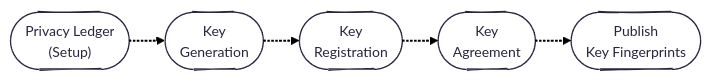
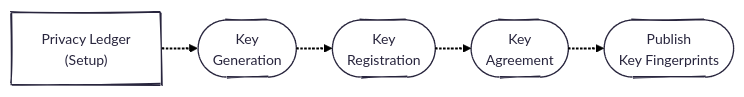
One commit to raylsnetwork/Enygma changed the diagram in enygma_payments/protocol_description.md. Above: the diagram before and after it, drawn with Mermaid.

````diff
--- a/enygma_payments/protocol_description.md
+++ b/enygma_payments/protocol_description.md
@@ -3,16 +3,16 @@
 ```mermaid
 ---
 config:
   theme: redux
   layout: elk
   look: handDrawn
 ---
 flowchart LR
-    pl_setup(["Privacy Ledger<br>(Setup)"])
+    pl_setup["Privacy Ledger<br>(Setup)"]
     keygen(["Key<br>Generation"])
     register(["Key<br>Registration"])
     kem(["Key<br>Agreement"])
     publish(["Publish<br>Key Fingerprints"])
 
     pl_setup -.-> keygen -.-> register -.-> kem -.-> publish
 ```
````
